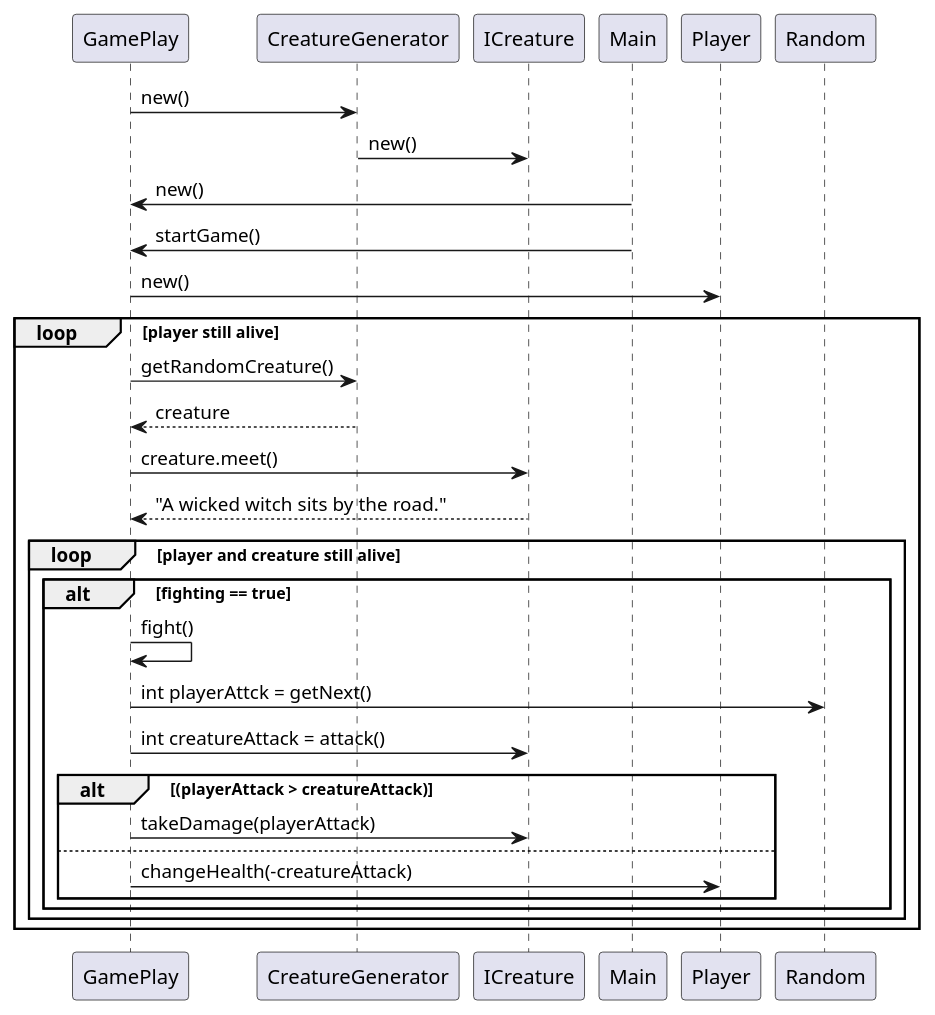
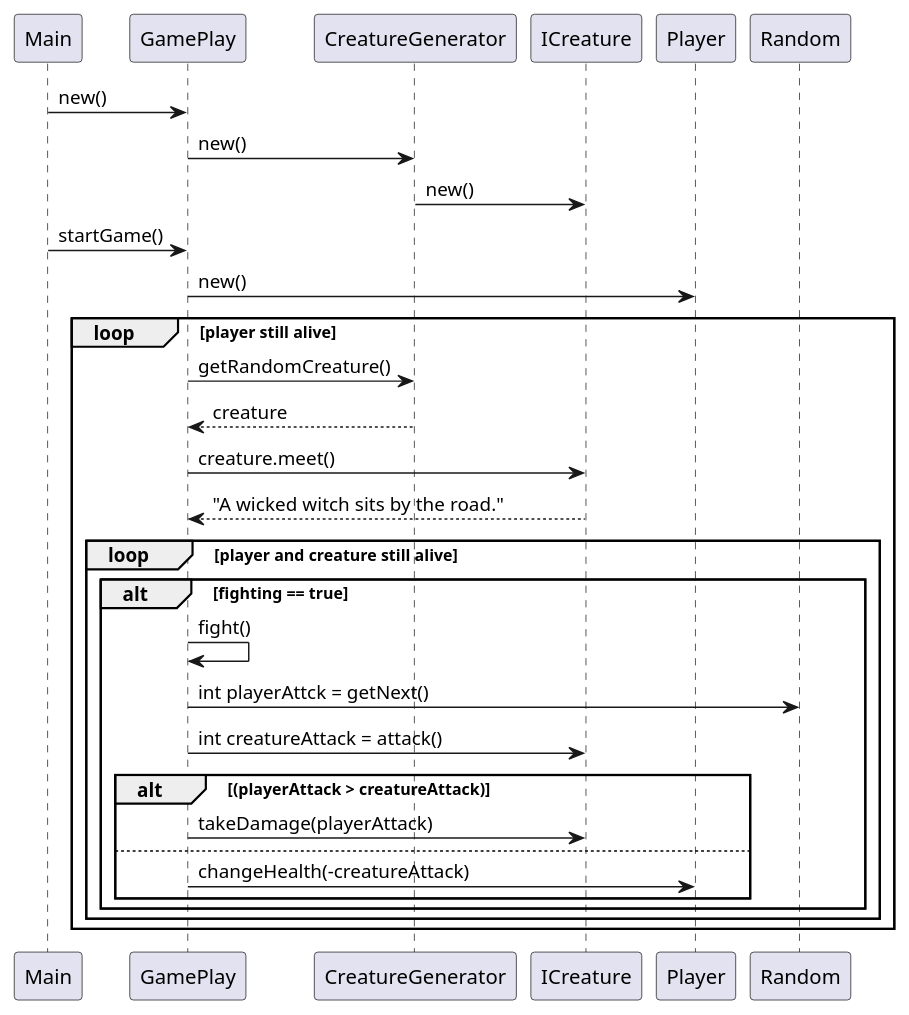
The diagram in Doc/gameplay_sequence.puml (stinetorndal/PolymorphicGame), drawn with PlantUML before and after one commit. The commit also changed 1 other file, not shown here.

Commit message:
sequencediagram

```diff
--- a/Doc/gameplay_sequence.puml
+++ b/Doc/gameplay_sequence.puml
@@ -1,42 +1,43 @@
 @startuml
 'https://plantuml.com/sequence-diagram
 
 
+
+Main -> GamePlay:new()
 GamePlay -> CreatureGenerator: new()
 CreatureGenerator-> ICreature: new()
 
-Main -> GamePlay:new()
 Main -> GamePlay:startGame()
 
 GamePlay -> Player: new()
 
 loop player still alive
 
 GamePlay -> CreatureGenerator: getRandomCreature()
 CreatureGenerator--> GamePlay: creature
 GamePlay -> ICreature: creature.meet()
 ICreature -->GamePlay: "A wicked witch sits by the road."
 
     loop player and creature still alive
 
         alt fighting == true
         GamePlay -> GamePlay: fight()
         GamePlay -> Random: int playerAttck = getNext()
         GamePlay -> ICreature: int creatureAttack = attack()
             alt (playerAttack > creatureAttack)
             GamePlay -> ICreature: takeDamage(playerAttack)
             else
             GamePlay -> Player: changeHealth(-creatureAttack)
             end
 
         end
         ' end fight coice
 
     end
 ' end fight loop
 
 end
 ' end meet creature loop
 
 
 @enduml
```
